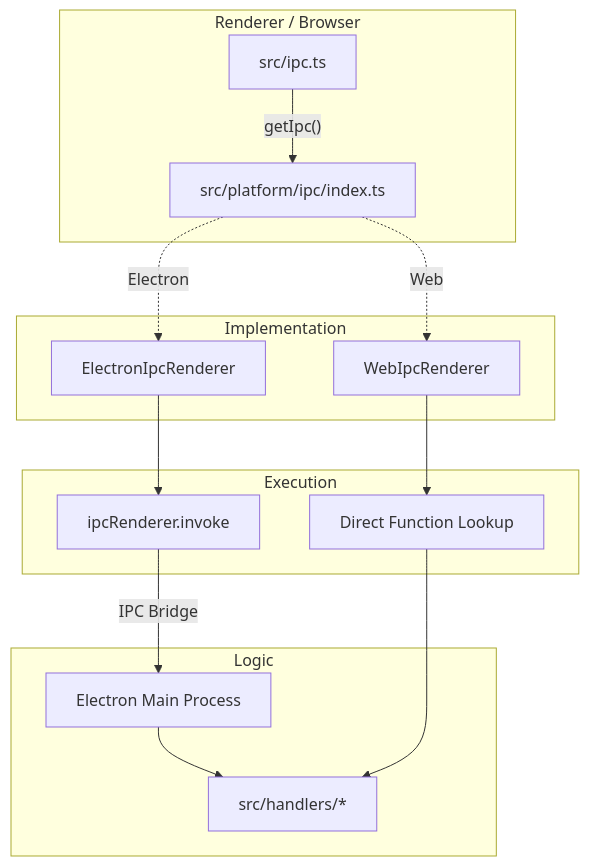
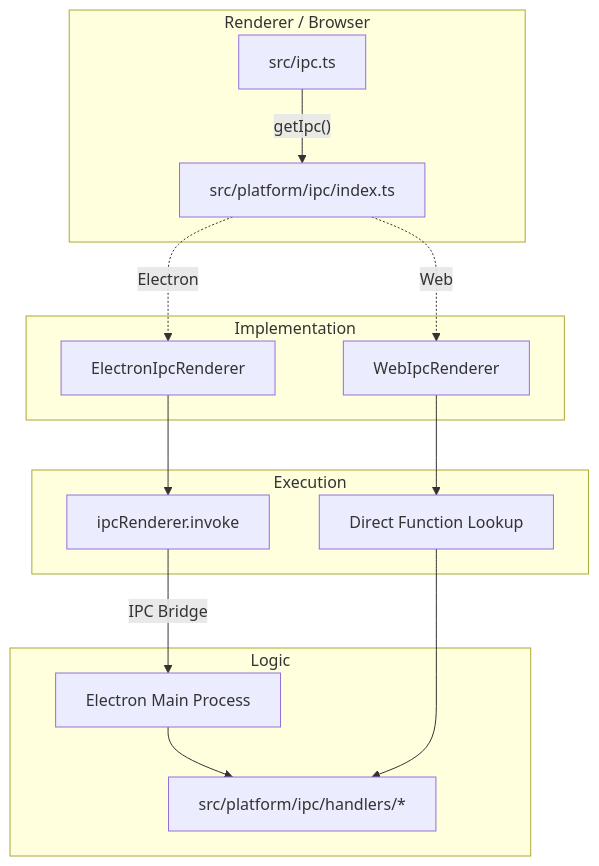
One commit to NerdyHomeReOpen/RiceCall changed the diagram in docs/architecture/02-subsystems/ipc-layer.md. Above: the diagram before and after it, drawn with Mermaid. The commit also changed 2 other files, not shown here.

Commit message:
docs: update document

````diff
--- a/docs/architecture/02-subsystems/ipc-layer.md
+++ b/docs/architecture/02-subsystems/ipc-layer.md
@@ -7,35 +7,35 @@
 ```mermaid
 graph TD
     subgraph Client [Renderer / Browser]
         Facade[src/ipc.ts]
         PlatformIPC[src/platform/ipc/index.ts]
         
         Facade -->|"getIpc()"| PlatformIPC
     end
 
     subgraph Implementation
         ElectronIPC[ElectronIpcRenderer]
         WebIPC[WebIpcRenderer]
         
         PlatformIPC -.->|Electron| ElectronIPC
         PlatformIPC -.->|Web| WebIPC
     end
 
     subgraph Execution
         Native[ipcRenderer.invoke]
         Fake[Direct Function Lookup]
         
         ElectronIPC --> Native
         WebIPC --> Fake
     end
 
     subgraph Logic
         MainProc[Electron Main Process]
-        Handlers[src/handlers/*]
+        Handlers[src/platform/ipc/handlers/*]
         
         Native -->|IPC Bridge| MainProc
         MainProc --> Handlers
         
         Fake --> Handlers
     end
 ```
````
